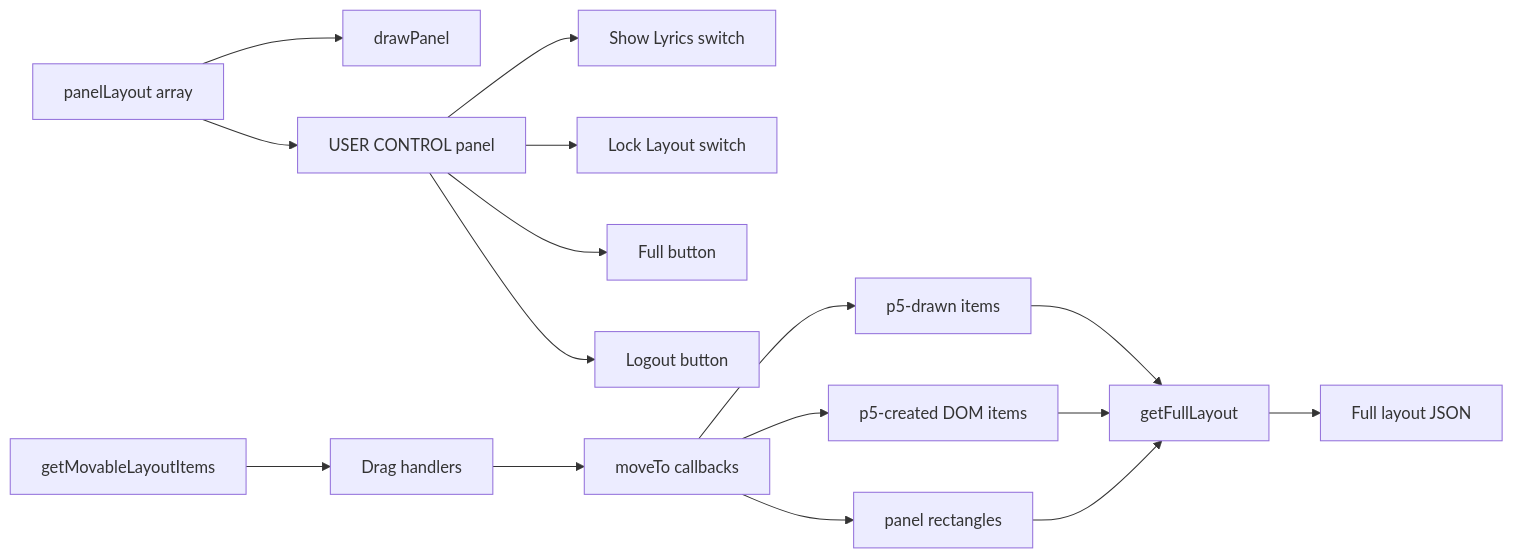
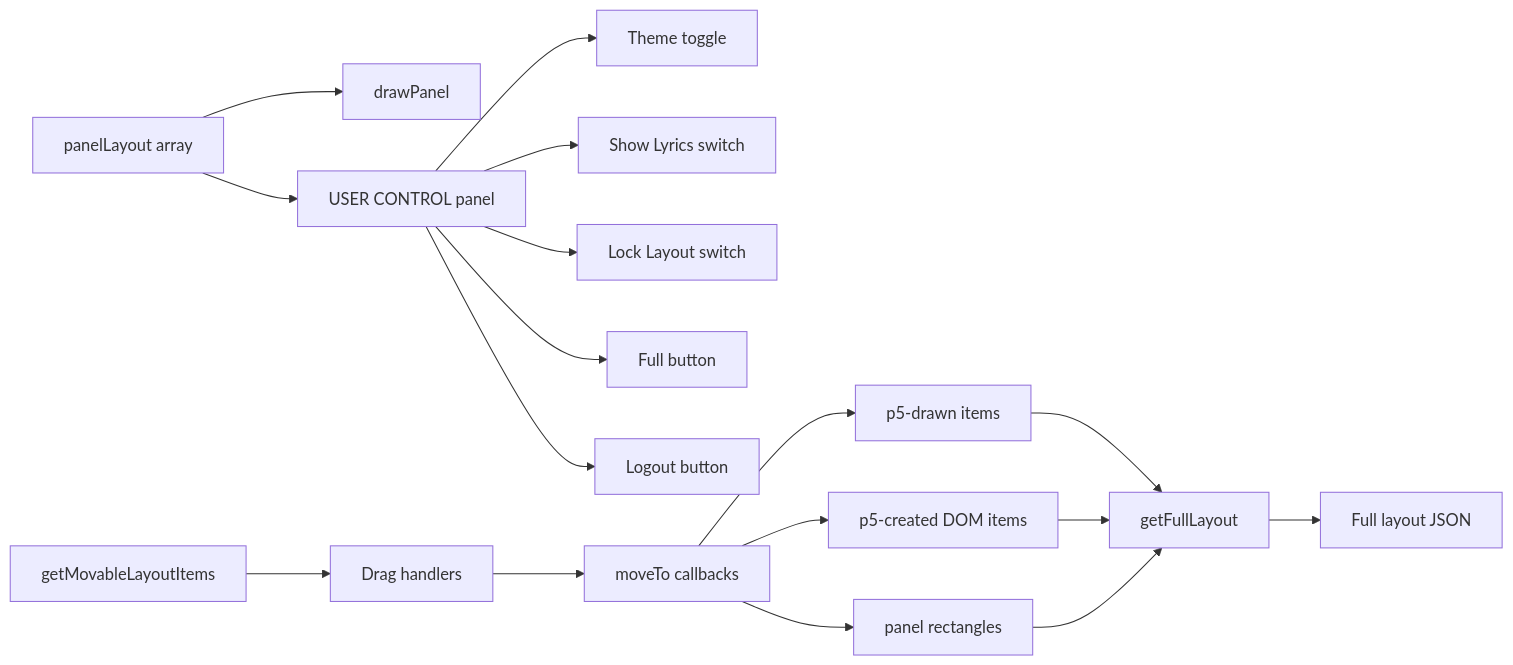
One commit to Leorivasc/neon_deck changed the ninth of 11 diagrams in doc/diagrams.md. Above: the diagram before and after it, drawn with Mermaid. The commit also changed other lines of this file and 15 other files, not shown here.

````diff
--- a/doc/diagrams.md
+++ b/doc/diagrams.md
@@ -231,19 +234,20 @@
 ```mermaid
 flowchart LR
     PanelLayout[panelLayout array] --> DrawPanels[drawPanel]
     PanelLayout --> LayoutTools[USER CONTROL panel]
+    LayoutTools --> ThemeToggle[Theme toggle]
     LayoutTools --> ShowLyrics[Show Lyrics switch]
     LayoutTools --> LockLayout[Lock Layout switch]
     LayoutTools --> Fullscreen[Full button]
     LayoutTools --> Logout[Logout button]
     Movables[getMovableLayoutItems] --> Drag[Drag handlers]
     Drag --> Apply[moveTo callbacks]
     Apply --> P5Items[p5-drawn items]
     Apply --> DomItems[p5-created DOM items]
     Apply --> Panels[panel rectangles]
 
     P5Items --> Full[getFullLayout]
     DomItems --> Full
     Panels --> Full
     Full --> Console[Full layout JSON]
 ```
````
